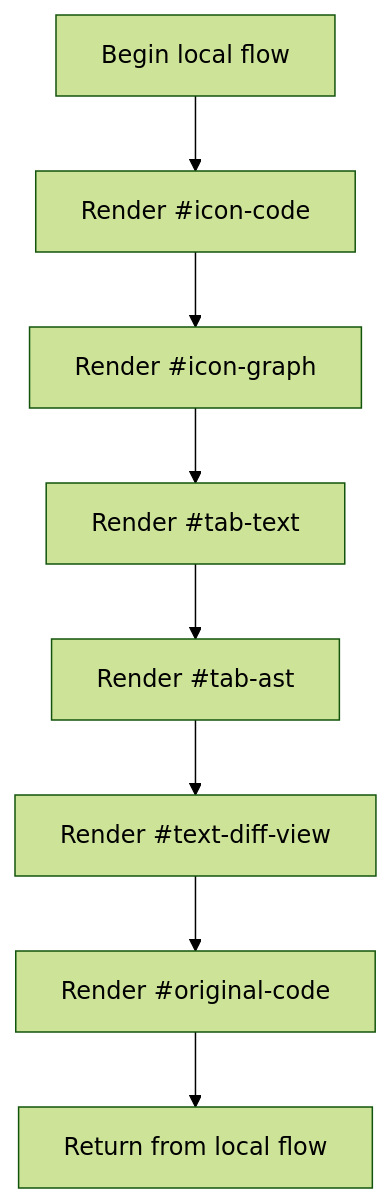
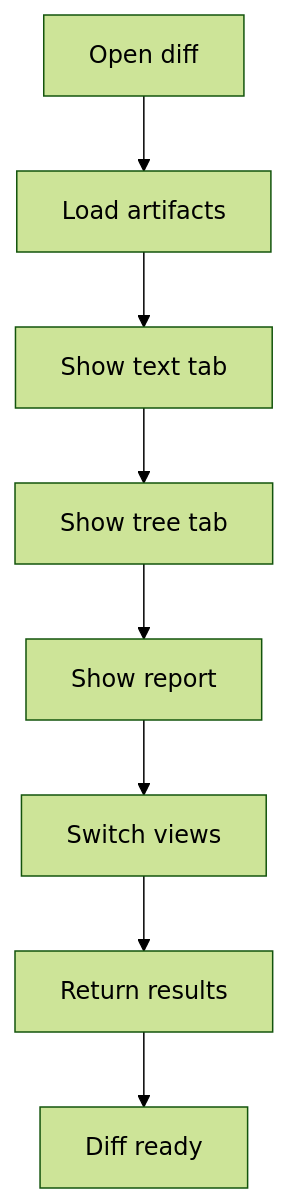
Before and after one commit to JohnAndrewBalbarosa/NeoTerritory: the diagram in docs/Codebase/Frontend/pages/diff-viewer.html.md, drawn with Mermaid (forest theme). The commit also changed other lines of this file and 21 other files, not shown here.

````diff
--- a/docs/Codebase/Frontend/pages/diff-viewer.html.md
+++ b/docs/Codebase/Frontend/pages/diff-viewer.html.md
@@ -21,18 +21,18 @@
 ```mermaid
 flowchart TD
-    Start["Begin local flow"]
-    N0["Render #icon-code"]
-    N1["Render #icon-graph"]
-    N2["Render #tab-text"]
-    N3["Render #tab-ast"]
-    N4["Render #text-diff-view"]
-    N5["Render #original-code"]
-    End["Return from local flow"]
+    Start["Open diff"]
+    N0["Load artifacts"]
+    N1["Show text tab"]
+    N2["Show tree tab"]
+    N3["Show report"]
+    N4["Switch views"]
+    N5["Return results"]
+    End["Diff ready"]
     Start --> N0
     N0 --> N1
     N1 --> N2
     N2 --> N3
     N3 --> N4
     N4 --> N5
     N5 --> End
 ```
````
